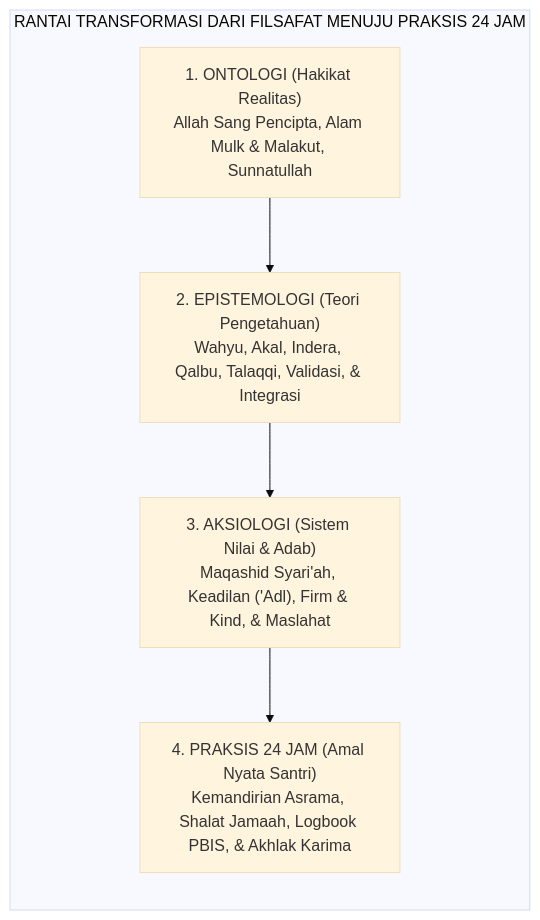
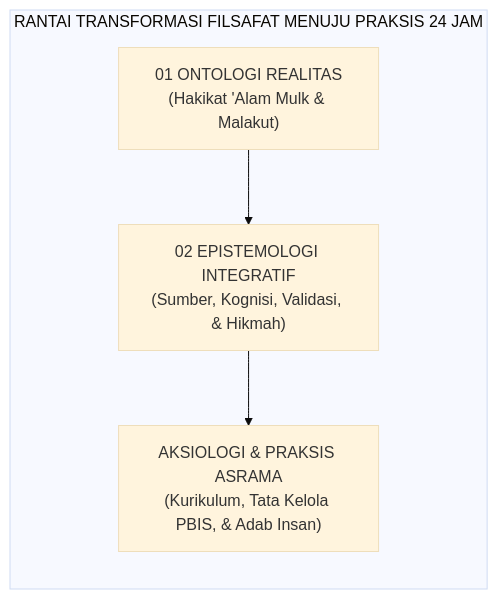
The first of 6 diagrams in 01 Philosophy/01 Worldview/02 Epistemologi TUMBUH/P1-01-02-Epistemologi-TUMBUH.md (wandiapriliyandi/tumbuh), drawn with Mermaid (base theme) before and after one commit. The commit also changed other lines of this file and 9 other files, not shown here.

Commit message:
docs(epistemology & human-nature): reconstruct all 02 Epistemologi TUMBUH, master P1-01 Worldview, and P1-02-01 Hakikat Fitrah to pure academic monograph standard

````diff
--- a/01 Philosophy/01 Worldview/02 Epistemologi TUMBUH/P1-01-02-Epistemologi-TUMBUH.md
+++ b/01 Philosophy/01 Worldview/02 Epistemologi TUMBUH/P1-01-02-Epistemologi-TUMBUH.md
@@ -58,9 +55,8 @@
 ```mermaid
 flowchart LR
-    subgraph RantaiKausalitasFilsafat["RANTAI TRANSFORMASI DARI FILSAFAT MENUJU PRAKSIS 24 JAM"]
-        Onto["1. ONTOLOGI (Hakikat Realitas)<br/>Allah Sang Pencipta, Alam Mulk & Malakut, Sunnatullah"]
-        --> Epi["2. EPISTEMOLOGI (Teori Pengetahuan)<br/>Wahyu, Akal, Indera, Qalbu, Talaqqi, Validasi, & Integrasi"]
-        --> Aksio["3. AKSIOLOGI (Sistem Nilai & Adab)<br/>Maqashid Syari'ah, Keadilan ('Adl), Firm & Kind, & Maslahat"]
-        --> Praksis["4. PRAKSIS 24 JAM (Amal Nyata Santri)<br/>Kemandirian Asrama, Shalat Jamaah, Logbook PBIS, & Akhlak Karima"]
+    subgraph RantaiKausalitasFilsafat["RANTAI TRANSFORMASI FILSAFAT MENUJU PRAKSIS 24 JAM"]
+        Ontologi["01 ONTOLOGI REALITAS<br/>(Hakikat 'Alam Mulk & Malakut)"]
+        --> Epistemologi["02 EPISTEMOLOGI INTEGRATIF<br/>(Sumber, Kognisi, Validasi, & Hikmah)"]
+        --> Aksiologi["AKSIOLOGI & PRAKSIS ASRAMA<br/>(Kurikulum, Tata Kelola PBIS, & Adab Insan)"]
     end
 ```
````
